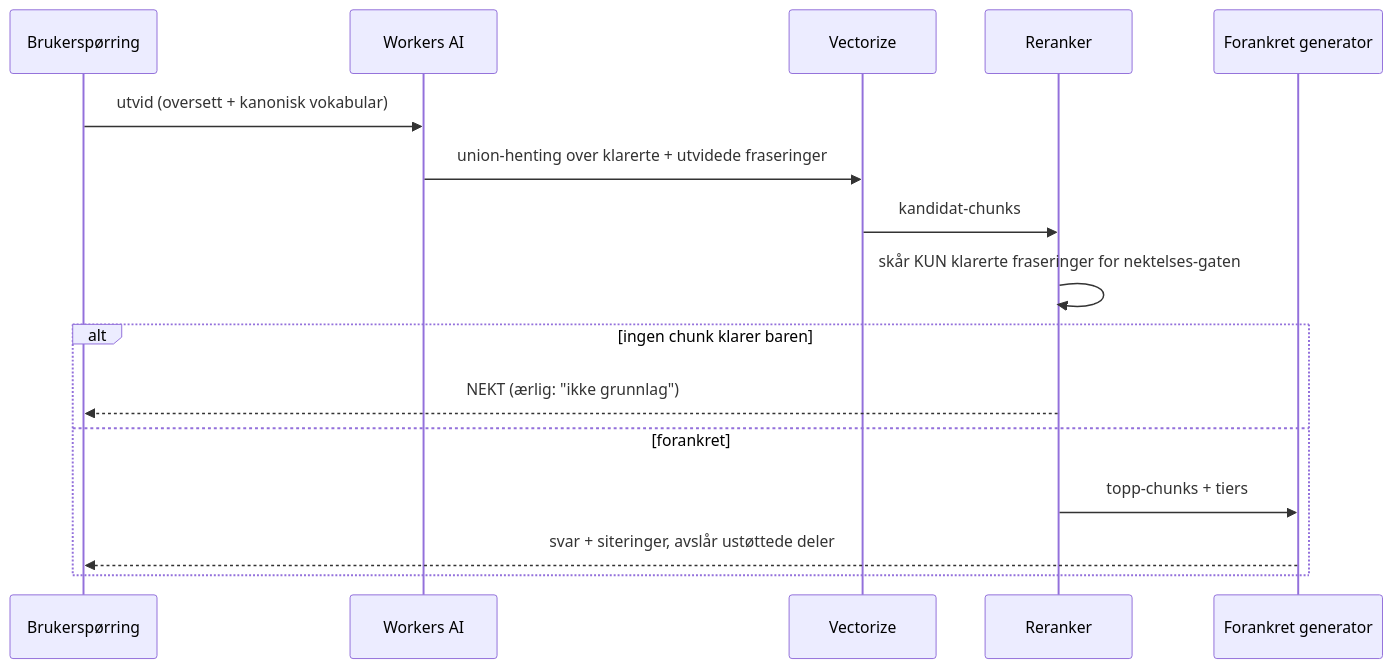
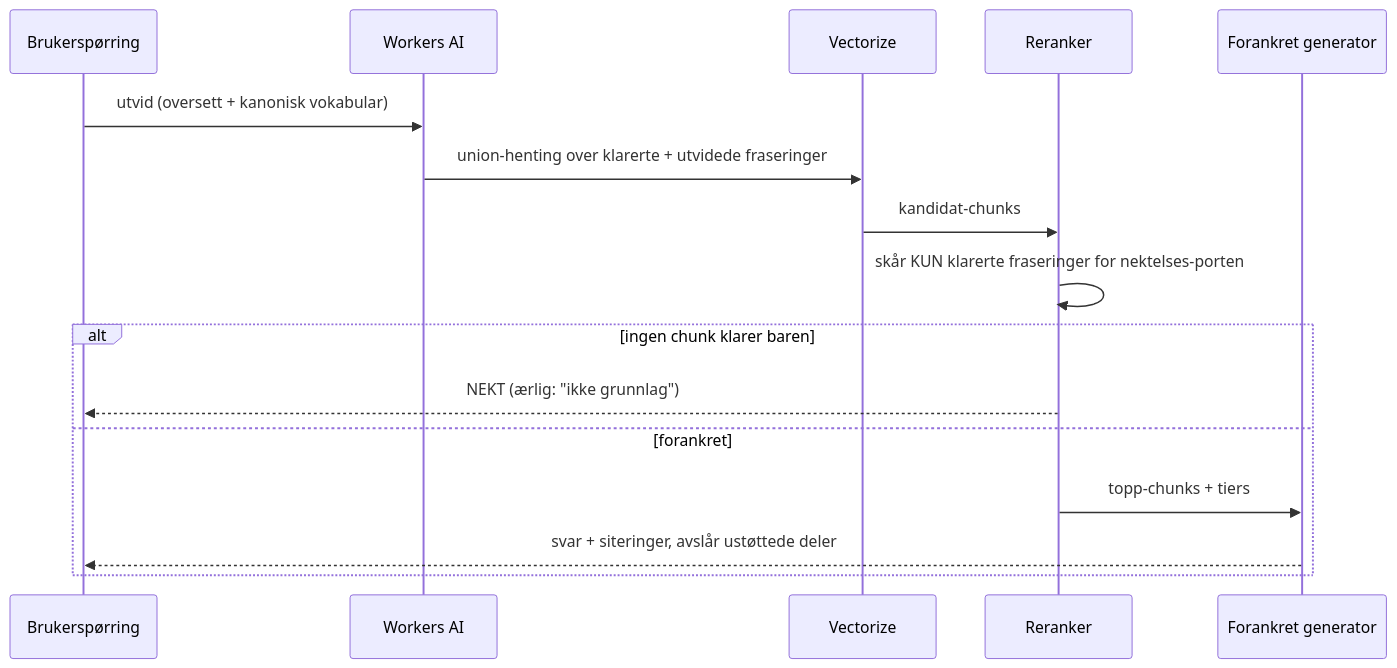
One commit to darklordVirtual/vericlaim changed the eighth of 20 diagrams in docs/governance/frontier-ai-governance-master_NO_nb.md. Above: the diagram before and after it, drawn with Mermaid. The commit also changed other lines of this file and 14 other files, not shown here.

````diff
--- a/docs/governance/frontier-ai-governance-master_NO_nb.md
+++ b/docs/governance/frontier-ai-governance-master_NO_nb.md
@@ -435,18 +435,18 @@
 ```mermaid
 sequenceDiagram
     participant U as Brukerspørring
     participant W as Workers AI
     participant V as Vectorize
     participant R as Reranker
     participant G as Forankret generator
     U->>W: utvid (oversett + kanonisk vokabular)
     W->>V: union-henting over klarerte + utvidede fraseringer
     V->>R: kandidat-chunks
-    R->>R: skår KUN klarerte fraseringer for nektelses-gaten
+    R->>R: skår KUN klarerte fraseringer for nektelses-porten
     alt ingen chunk klarer baren
         R-->>U: NEKT (ærlig: "ikke grunnlag")
     else forankret
         R->>G: topp-chunks + tiers
         G-->>U: svar + siteringer, avslår ustøttede deler
     end
 ```
````
